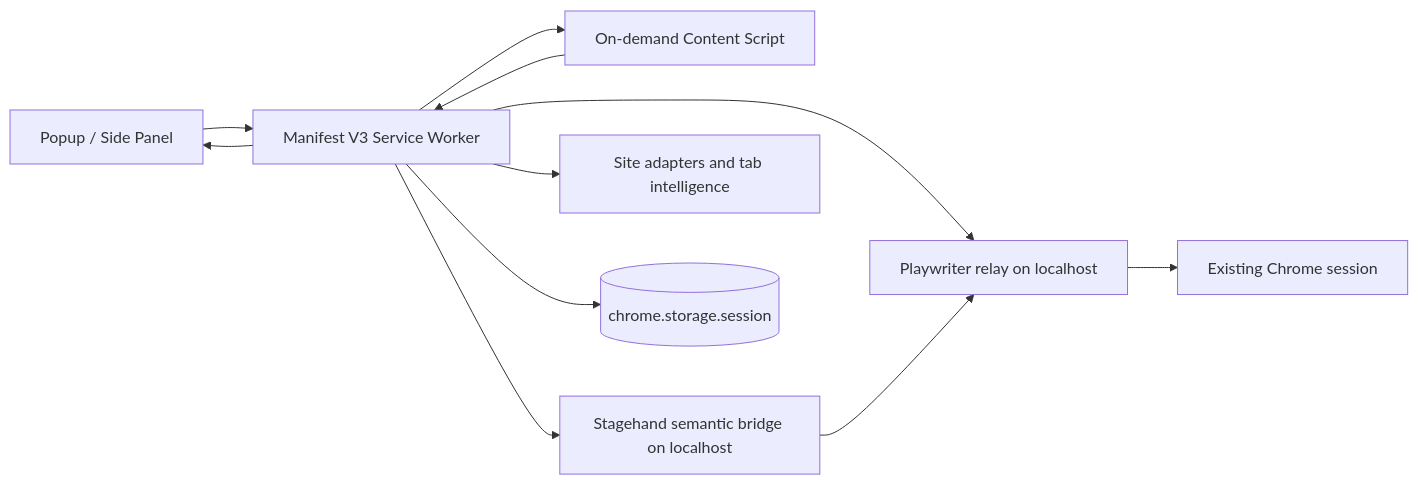
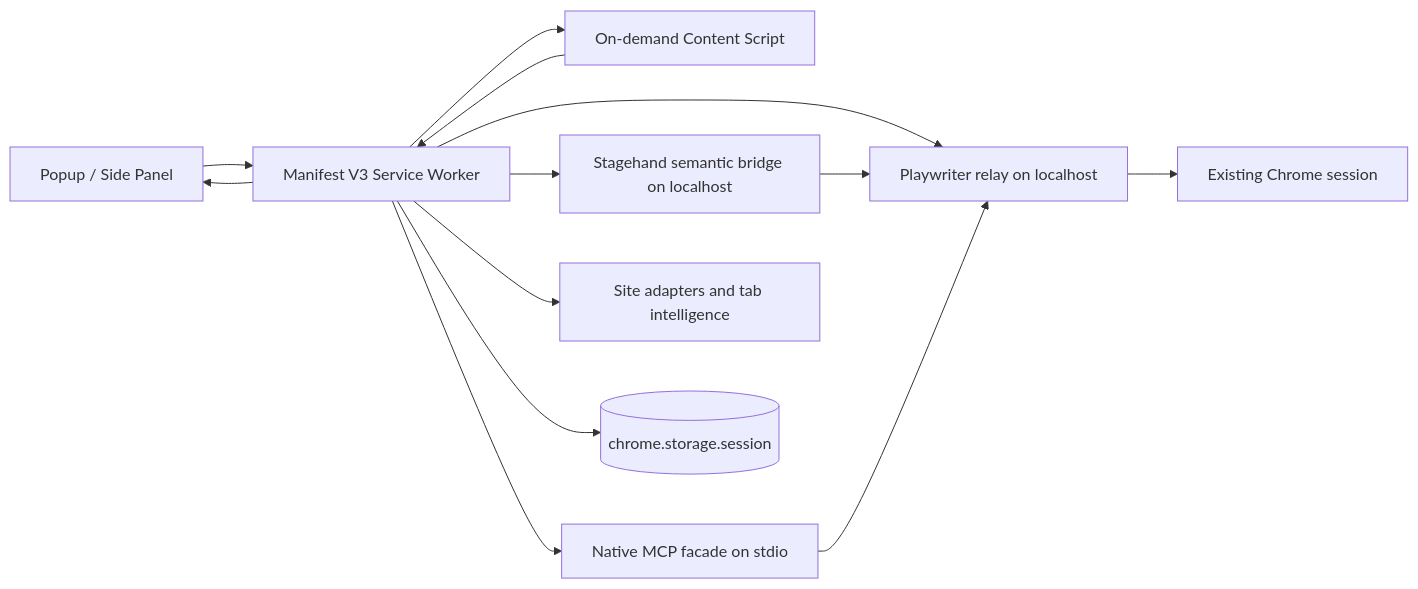
Before and after one commit to jpyanes/codex-browser-companion: the diagram in README.md, drawn with Mermaid. The commit also changed other lines of this file and 17 other files, not shown here.

Commit message:
Add native MCP tab-context bridge

````diff
--- a/README.md
+++ b/README.md
@@ -18,13 +18,15 @@
 ```mermaid
 flowchart LR
   UI[Popup / Side Panel] --> BG[Manifest V3 Service Worker]
   BG --> CS[On-demand Content Script]
   CS --> BG
   BG --> BR[Playwriter relay on localhost]
   BR --> CH[Existing Chrome session]
   BG --> SB[Stagehand semantic bridge on localhost]
   SB --> BR
+  BG --> NM[Native MCP facade on stdio]
+  NM --> BR
   BG --> SA[Site adapters and tab intelligence]
   BG --> UI
   BG --> ST[(chrome.storage.session)]
 ```
````
